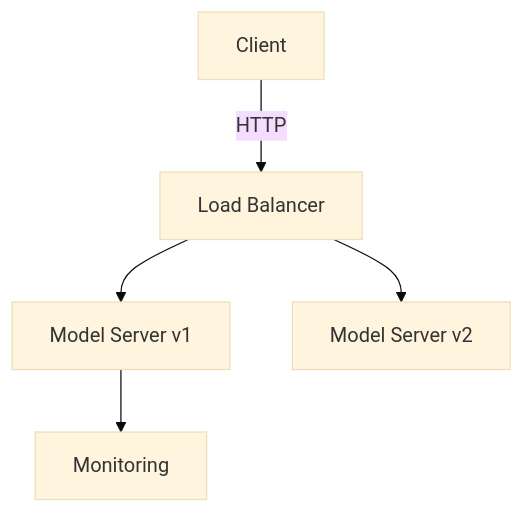
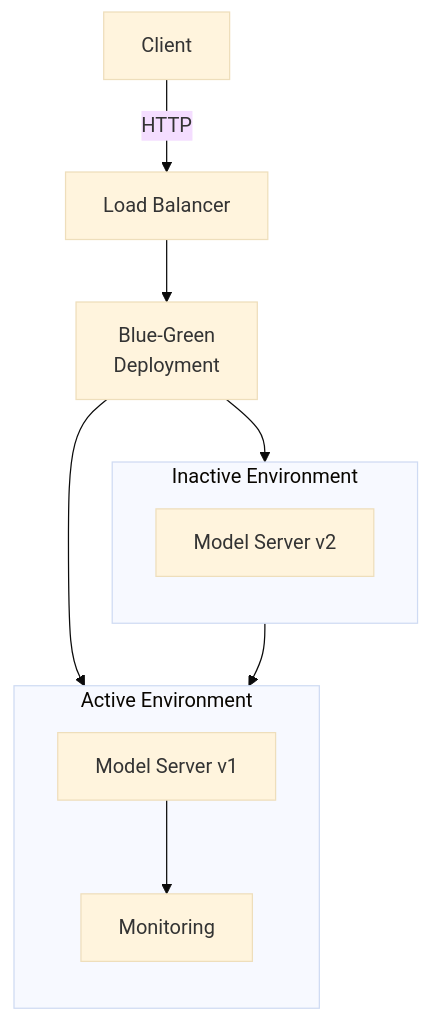
One commit to amitauti/design-pattern changed the first of 2 diagrams in patterns/high-level/model-deployment.md. Above: the diagram before and after it, drawn with Mermaid (base theme). The commit also changed other lines of this file and 11 other files, not shown here.

Commit message:
Update all documentation with comprehensive AI architecture patterns from reference guide

````diff
--- a/patterns/high-level/model-deployment.md
+++ b/patterns/high-level/model-deployment.md
@@ -23,7 +75,17 @@
 ```mermaid
 graph TD
   Client -->|HTTP| LB[Load Balancer]
-  LB --> Server1[Model Server v1]
-  LB --> Server2[Model Server v2]
-  Server1 --> Metrics[Monitoring]
+  LB --> BG[Blue-Green<br/>Deployment]
+  subgraph "Active Environment"
+    direction TB
+    Server1[Model Server v1]
+    Server1 --> Metrics[Monitoring]
+  end
+  subgraph "Inactive Environment"
+    direction TB
+    Server2[Model Server v2]
+    Server2 --> Metrics
+  end
+  BG --> Server1
+  BG --> Server2
 ```
````
